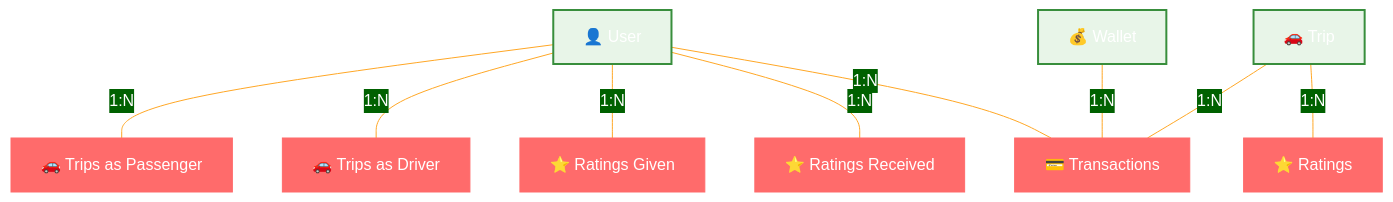
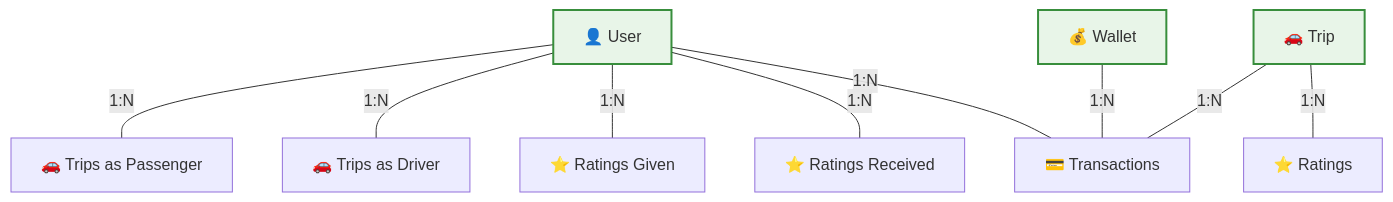
One commit to abdoElHodaky/transportapp changed the third of 4 diagrams in docs/architecture/database-schema.md. Above: the diagram before and after it, drawn with Mermaid. The commit also changed other lines of this file and 10 other files, not shown here.

````diff
--- a/docs/architecture/database-schema.md
+++ b/docs/architecture/database-schema.md
@@ -464,16 +473,18 @@
 ```mermaid
-%%{init: {'theme':'base', 'themeVariables': {'primaryColor':'#ff6b6b','primaryTextColor':'#fff','primaryBorderColor':'#ff6b6b','lineColor':'#ffa726','sectionBkgColor':'#ff6b6b','altSectionBkgColor':'#fff','gridColor':'#fff','secondaryColor':'#006100','tertiaryColor':'#fff'}}}%%
+%% {init : {'theme':'base', 'themeVariables': {'primaryColor':'#ff6b6b', 'primaryTextColor':'#fff','primaryBorderColor':'#ff6b6b','lineColor':'#ffa726','sectionBkgColor':'#ff6b6b','altSectionBkgColor':'#fff','gridColor':'#fff','secondaryColor':'#006100','tertiaryColor':'#fff'}}}%% 
 graph TB
     USER["👤 User"] ---|1:N| TRIP_P["🚗 Trips as Passenger"]
     USER ---|1:N| TRIP_D["🚗 Trips as Driver"]
     USER ---|1:N| RATING_G["⭐ Ratings Given"]
     USER ---|1:N| RATING_R["⭐ Ratings Received"]
     USER ---|1:N| TRANS["💳 Transactions"]
     
     WALLET["💰 Wallet"] ---|1:N| TRANS
     TRIP["🚗 Trip"] ---|1:N| RATING["⭐ Ratings"]
     TRIP ---|1:N| TRANS
     
-    classDef entity fill:#e8f5e8,stroke:#388e3c,stroke-width:2px;
+    classDef entity fill : #e8f5e8, stroke:#388e3c, stroke-width: 2px;
+    
     class USER,WALLET,TRIP entity;
+
 ```
````
